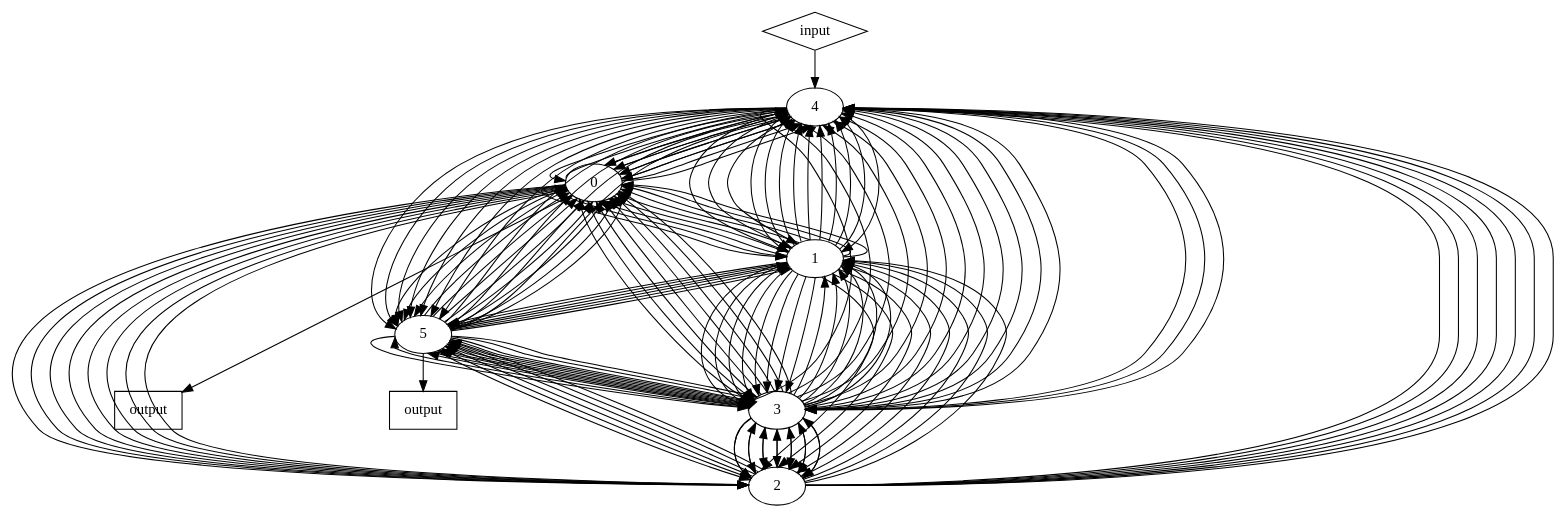
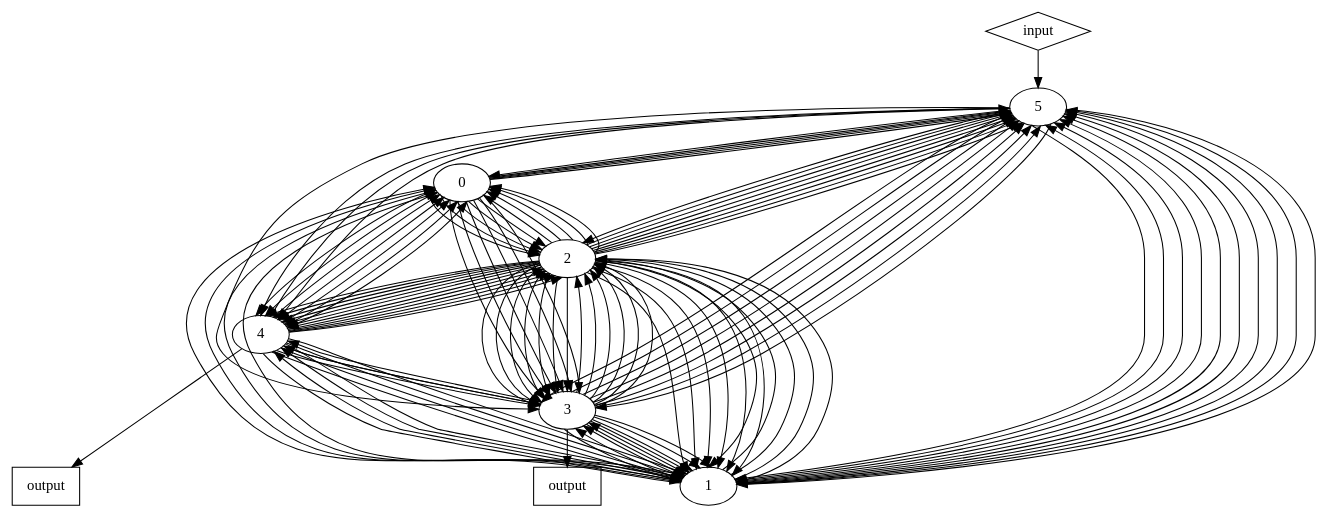
Before and after one commit to DobbiKov/open_digraph_lib: the diagram in dot.dot, drawn with Graphviz. The commit also changed 4 other files, not shown here.

```diff
--- a/dot.dot
+++ b/dot.dot
@@ -1,175 +1,139 @@
 digraph G{
 subgraph inputs{
 rank=same;
 v6 [label="input" shape=diamond]
 }
 subgraph outputs{
 rank=same;
 v7 [label="output" shape=box]
 v8 [label="output" shape=box]
 }
 v0 [label="0" ]
 v1 [label="1" ]
 v2 [label="2" ]
 v3 [label="3" ]
 v4 [label="4" ]
 v5 [label="5" ]
-v0 -> v1;
-v0 -> v1;
 v0 -> v2;
 v0 -> v2;
 v0 -> v2;
 v0 -> v2;
-v0 -> v4;
-v0 -> v4;
-v0 -> v4;
-v0 -> v4;
-v0 -> v4;
+v0 -> v2;
+v0 -> v3;
+v0 -> v3;
+v0 -> v3;
+v0 -> v3;
+v0 -> v3;
+v0 -> v3;
 v0 -> v4;
 v0 -> v4;
 v0 -> v5;
 v0 -> v5;
 v0 -> v5;
-v0 -> v7;
-v1 -> v0;
-v1 -> v0;
-v1 -> v0;
+v0 -> v5;
 v1 -> v0;
 v1 -> v0;
 v1 -> v0;
 v1 -> v0;
 v1 -> v2;
 v1 -> v2;
 v1 -> v2;
-v1 -> v2;
-v1 -> v2;
-v1 -> v3;
-v1 -> v3;
-v1 -> v3;
-v1 -> v3;
-v1 -> v3;
 v1 -> v3;
 v1 -> v3;
 v1 -> v3;
 v1 -> v4;
 v1 -> v4;
-v1 -> v4;
-v1 -> v4;
-v1 -> v4;
-v1 -> v4;
-v1 -> v4;
-v1 -> v4;
 v1 -> v5;
 v1 -> v5;
+v1 -> v5;
+v1 -> v5;
+v1 -> v5;
+v1 -> v5;
+v1 -> v5;
+v1 -> v5;
+v2 -> v0;
 v2 -> v0;
 v2 -> v0;
 v2 -> v0;
 v2 -> v0;
 v2 -> v1;
 v2 -> v1;
 v2 -> v1;
+v2 -> v1;
+v2 -> v1;
+v2 -> v1;
+v2 -> v1;
+v2 -> v1;
+v2 -> v3;
 v2 -> v3;
 v2 -> v3;
 v2 -> v3;
 v2 -> v3;
 v2 -> v3;
 v2 -> v3;
 v2 -> v4;
 v2 -> v4;
 v2 -> v4;
 v2 -> v4;
 v2 -> v4;
 v2 -> v4;
 v2 -> v4;
 v2 -> v5;
 v2 -> v5;
 v2 -> v5;
 v2 -> v5;
 v2 -> v5;
-v3 -> v0;
-v3 -> v0;
-v3 -> v0;
-v3 -> v0;
-v3 -> v0;
-v3 -> v0;
-v3 -> v0;
-v3 -> v0;
+v2 -> v5;
+v2 -> v5;
 v3 -> v1;
 v3 -> v1;
 v3 -> v1;
 v3 -> v1;
 v3 -> v1;
 v3 -> v1;
 v3 -> v2;
 v3 -> v2;
 v3 -> v2;
 v3 -> v2;
 v3 -> v2;
 v3 -> v2;
-v3 -> v2;
-v3 -> v2;
-v3 -> v4;
-v3 -> v4;
-v3 -> v4;
-v3 -> v4;
-v3 -> v4;
-v3 -> v4;
 v3 -> v4;
 v3 -> v4;
 v3 -> v5;
 v3 -> v5;
 v3 -> v5;
 v3 -> v5;
 v3 -> v5;
+v3 -> v5;
+v3 -> v8;
 v4 -> v0;
 v4 -> v0;
 v4 -> v0;
 v4 -> v0;
 v4 -> v0;
 v4 -> v1;
 v4 -> v1;
 v4 -> v1;
 v4 -> v1;
 v4 -> v1;
-v4 -> v3;
-v4 -> v3;
-v4 -> v3;
-v4 -> v3;
-v4 -> v3;
+v4 -> v1;
+v4 -> v2;
+v4 -> v2;
+v4 -> v2;
+v4 -> v2;
+v4 -> v2;
 v4 -> v3;
 v4 -> v3;
 v4 -> v5;
-v4 -> v5;
-v4 -> v5;
-v4 -> v5;
-v4 -> v5;
-v4 -> v5;
-v4 -> v5;
+v4 -> v7;
 v5 -> v0;
-v5 -> v0;
-v5 -> v0;
-v5 -> v0;
-v5 -> v0;
-v5 -> v0;
-v5 -> v0;
-v5 -> v0;
-v5 -> v1;
-v5 -> v1;
 v5 -> v1;
 v5 -> v1;
 v5 -> v2;
 v5 -> v3;
 v5 -> v3;
 v5 -> v3;
-v5 -> v3;
-v5 -> v3;
-v5 -> v3;
-v5 -> v3;
-v5 -> v3;
 v5 -> v4;
 v5 -> v4;
-v5 -> v4;
-v5 -> v4;
-v5 -> v8;
-v6 -> v4;
+v6 -> v5;
 }
```
